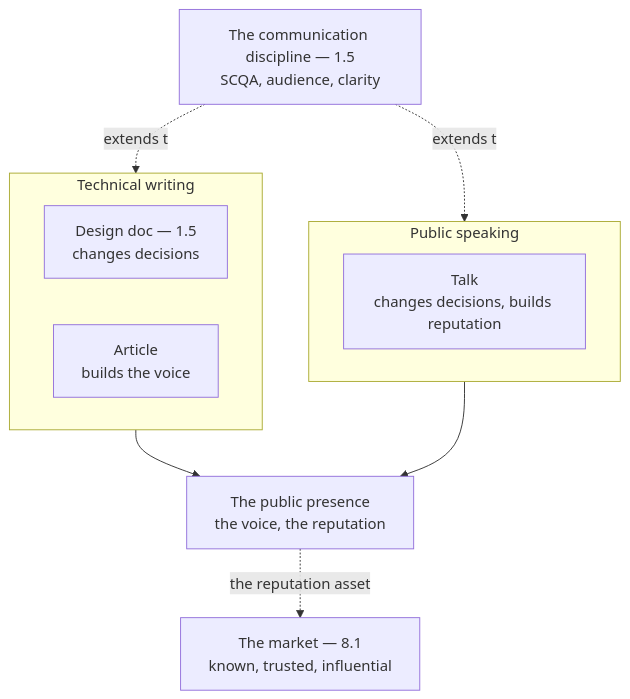
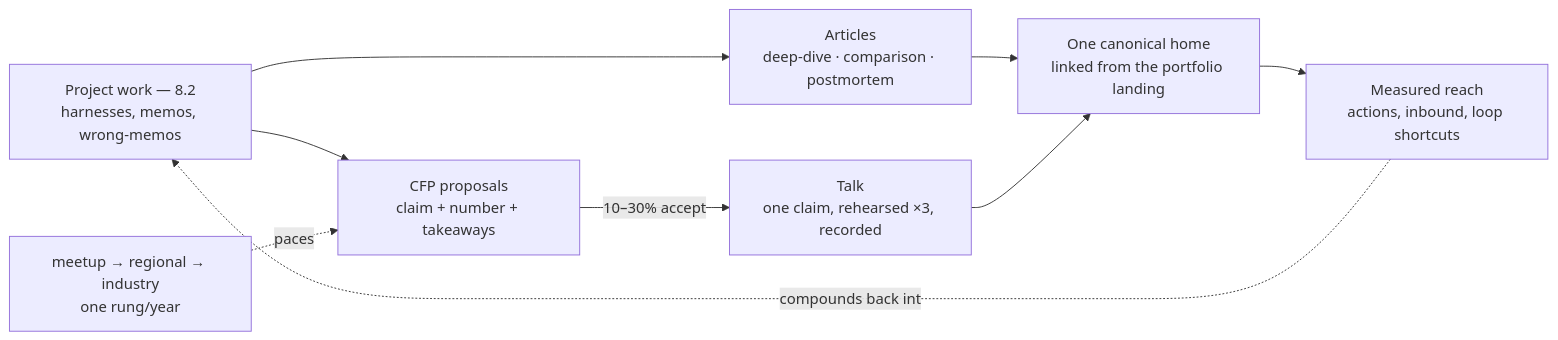
The diagram in curriculum/part-8-professional-excellence/chapter-04-technical-writing-speaking.md (sivakrushna-works/GSAC), drawn with Mermaid before and after one commit. The commit also changed other lines of this file and 10 other files, not shown here.

````diff
--- a/curriculum/part-8-professional-excellence/chapter-04-technical-writing-speaking.md
+++ b/curriculum/part-8-professional-excellence/chapter-04-technical-writing-speaking.md
@@ -58,13 +59,10 @@
 ```mermaid
-flowchart TD
-    subgraph WRITING [Technical writing]
-        DESIGNDOC[Design doc — 1.5<br/>changes decisions]
-        ARTICLE[Article<br/>builds the voice]
-    end
-    subgraph SPEAKING [Public speaking]
-        TALK[Talk<br/>changes decisions, builds reputation]
-    end
-    DISCIPLINE[The communication discipline — 1.5<br/>SCQA, audience, clarity] -.extends to.-> WRITING & SPEAKING
-    WRITING & SPEAKING --> PRESENCE[The public presence<br/>the voice, the reputation]
-    PRESENCE -.the reputation asset.-> MARKET[The market — 8.1<br/>known, trusted, influential]
+flowchart LR
+    WORK[Project work — 8.2<br/>harnesses, memos, wrong-memos] --> ART[Articles<br/>deep-dive · comparison · postmortem]
+    WORK --> PROP[CFP proposals<br/>claim + number + takeaways]
+    PROP -->|10–30% accept| TALK[Talk<br/>one claim, rehearsed ×3, recorded]
+    ART & TALK --> HOME[One canonical home<br/>linked from the portfolio landing]
+    HOME --> REACH[Measured reach<br/>actions, inbound, loop shortcuts]
+    REACH -.compounds back into.-> WORK
+    LADDER[meetup → regional → industry<br/>one rung/year] -.paces.-> PROP
 ```
````
